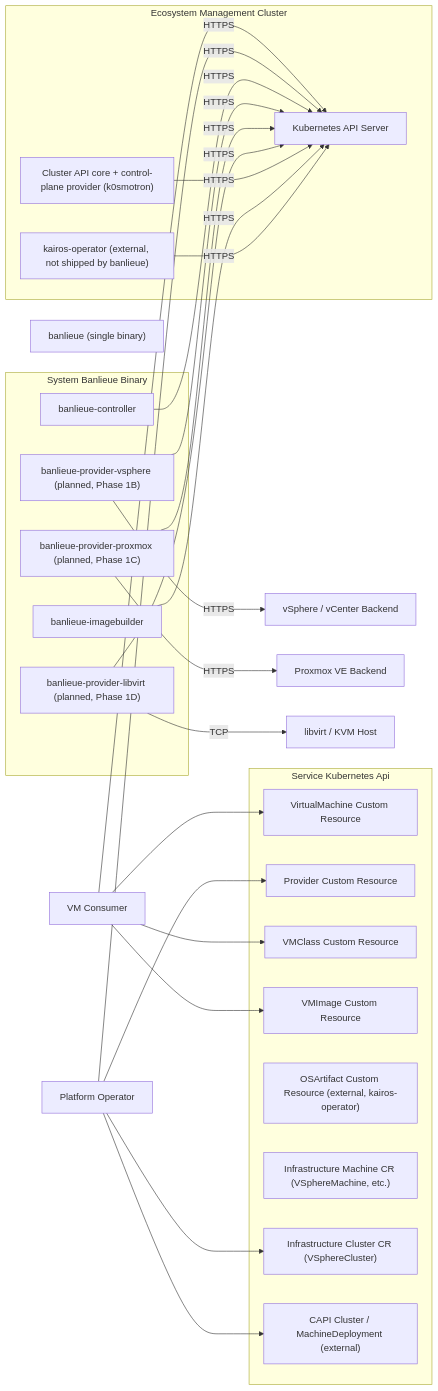
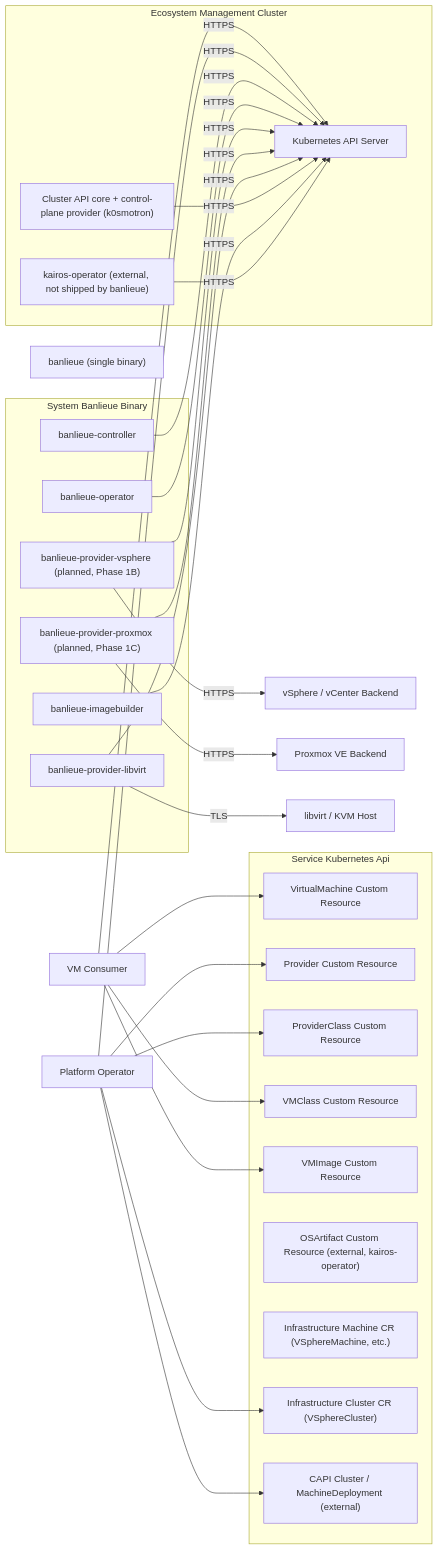
Before and after one commit to firestoned/banlieue: the diagram in docs/src/architecture/system.md, drawn with Mermaid. The commit also changed 170 other files, not shown here.

Commit message:
Add libvirt provider and reconciler and added e2e testing

````diff
--- a/docs/src/architecture/system.md
+++ b/docs/src/architecture/system.md
@@ -22,70 +22,77 @@
 ```mermaid
 flowchart LR
     actor-vm-consumer["VM Consumer"]
     actor-platform-operator["Platform Operator"]
     service-kubernetes-api["Kubernetes API Server"]
     service-banlieue-controller["banlieue-controller"]
+    service-banlieue-operator["banlieue-operator"]
     service-provider-vsphere["banlieue-provider-vsphere (planned, Phase 1B)"]
     service-provider-proxmox["banlieue-provider-proxmox (planned, Phase 1C)"]
-    service-provider-libvirt["banlieue-provider-libvirt (planned, Phase 1D)"]
+    service-provider-libvirt["banlieue-provider-libvirt"]
     service-banlieue-imagebuilder["banlieue-imagebuilder"]
     service-kairos-operator["kairos-operator (external, not shipped by banlieue)"]
     system-banlieue-binary["banlieue (single binary)"]
     network-vsphere-backend["vSphere / vCenter Backend"]
     network-proxmox-backend["Proxmox VE Backend"]
     network-libvirt-backend["libvirt / KVM Host"]
     data-asset-virtualmachine-cr["VirtualMachine Custom Resource"]
     data-asset-provider-cr["Provider Custom Resource"]
+    data-asset-providerclass-cr["ProviderClass Custom Resource"]
     data-asset-vmclass-cr["VMClass Custom Resource"]
     data-asset-vmimage-cr["VMImage Custom Resource"]
     data-asset-osartifact-cr["OSArtifact Custom Resource (external, kairos-operator)"]
     data-asset-infra-machine-cr["Infrastructure Machine CR (VSphereMachine, etc.)"]
     data-asset-infra-cluster-cr["Infrastructure Cluster CR (VSphereCluster)"]
     data-asset-capi-cluster-cr["CAPI Cluster / MachineDeployment (external)"]
     service-capi-core["Cluster API core + control-plane provider (k0smotron)"]
     subgraph sg_system-banlieue-binary [System Banlieue Binary]
         service-banlieue-controller
+        service-banlieue-operator
         service-provider-vsphere
         service-provider-proxmox
         service-provider-libvirt
         service-banlieue-imagebuilder
     end
     subgraph sg_ecosystem-management-cluster [Ecosystem Management Cluster]
         service-banlieue-controller
+        service-banlieue-operator
         service-kubernetes-api
         service-capi-core
         service-provider-vsphere
         service-provider-proxmox
         service-provider-libvirt
         service-banlieue-imagebuilder
         service-kairos-operator
     end
     subgraph sg_service-kubernetes-api [Service Kubernetes Api]
         data-asset-virtualmachine-cr
         data-asset-provider-cr
+        data-asset-providerclass-cr
         data-asset-vmclass-cr
         data-asset-vmimage-cr
         data-asset-osartifact-cr
         data-asset-infra-machine-cr
         data-asset-infra-cluster-cr
         data-asset-capi-cluster-cr
     end
     actor-vm-consumer --> data-asset-virtualmachine-cr
     actor-vm-consumer --> data-asset-vmclass-cr
     actor-vm-consumer --> data-asset-vmimage-cr
     actor-platform-operator --> data-asset-provider-cr
+    actor-platform-operator --> data-asset-providerclass-cr
     actor-platform-operator --> data-asset-capi-cluster-cr
     actor-platform-operator --> data-asset-infra-cluster-cr
     actor-vm-consumer -->|HTTPS| service-kubernetes-api
     actor-platform-operator -->|HTTPS| service-kubernetes-api
     service-banlieue-controller -->|HTTPS| service-kubernetes-api
+    service-banlieue-operator -->|HTTPS| service-kubernetes-api
     service-provider-vsphere -->|HTTPS| service-kubernetes-api
     service-provider-proxmox -->|HTTPS| service-kubernetes-api
     service-provider-libvirt -->|HTTPS| service-kubernetes-api
     service-capi-core -->|HTTPS| service-kubernetes-api
     service-banlieue-imagebuilder -->|HTTPS| service-kubernetes-api
     service-kairos-operator -->|HTTPS| service-kubernetes-api
     service-provider-vsphere -->|HTTPS| network-vsphere-backend
     service-provider-proxmox -->|HTTPS| network-proxmox-backend
-    service-provider-libvirt -->|TCP| network-libvirt-backend
+    service-provider-libvirt -->|TLS| network-libvirt-backend
 ```
````
